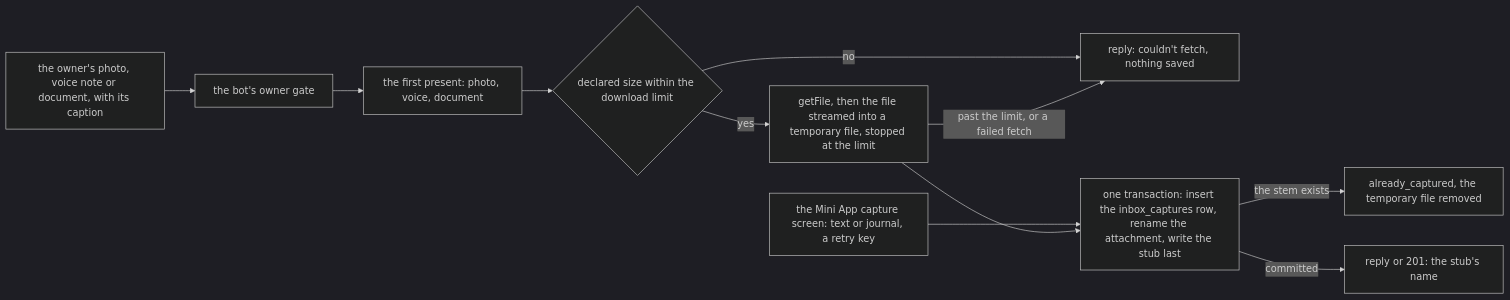
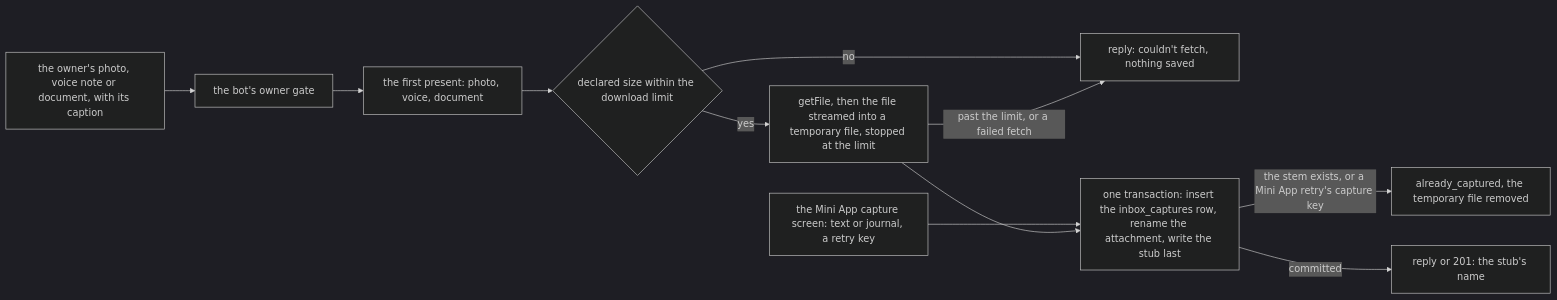
Before and after one commit to RexRenatus/deck-streak: the first of 3 diagrams in docs/schematics/inbox-capture-and-curation.md, drawn with Mermaid (dark theme). The commit also changed other lines of this file and 3 other files, not shown here.

Commit message:
docs(spec-118): match a Mini App retry by its capture key (A24)

````diff
--- a/docs/schematics/inbox-capture-and-curation.md
+++ b/docs/schematics/inbox-capture-and-curation.md
@@ -13,13 +13,13 @@
 ```mermaid
 flowchart LR
   media["the owner's photo, voice note or document, with its caption"] --> gate["the bot's owner gate"]
   gate --> choose["the first present: photo, voice, document"]
   choose --> size{"declared size within the download limit"}
   size -->|no| failfetch["reply: couldn't fetch, nothing saved"]
   size -->|yes| stream["getFile, then the file streamed into a temporary file, stopped at the limit"]
   stream -->|past the limit, or a failed fetch| failfetch
   quick["the Mini App capture screen: text or journal, a retry key"] --> write
   stream --> write["one transaction: insert the inbox_captures row, rename the attachment, write the stub last"]
-  write -->|the stem exists| dup["already_captured, the temporary file removed"]
+  write -->|the stem exists, or a Mini App retry's capture key| dup["already_captured, the temporary file removed"]
   write -->|committed| saved["reply or 201: the stub's name"]
 ```
````
